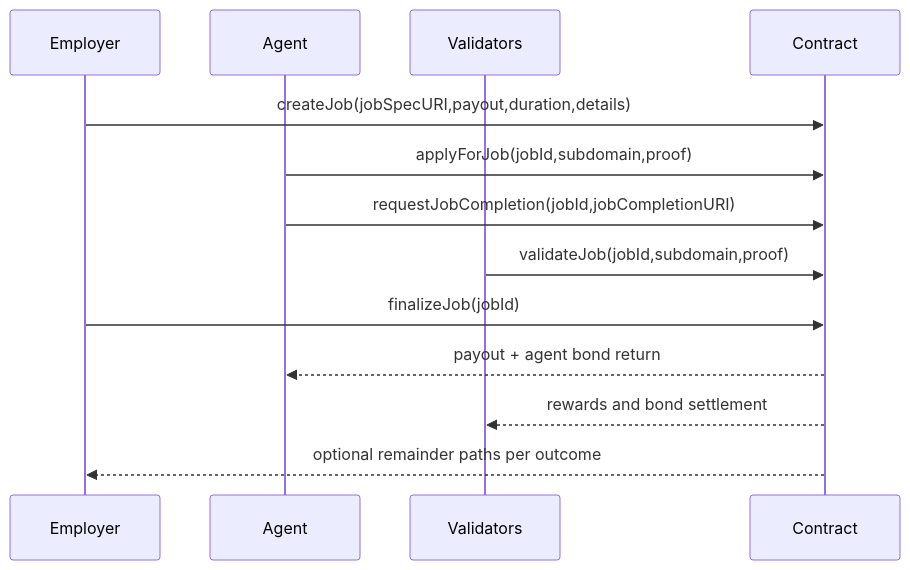
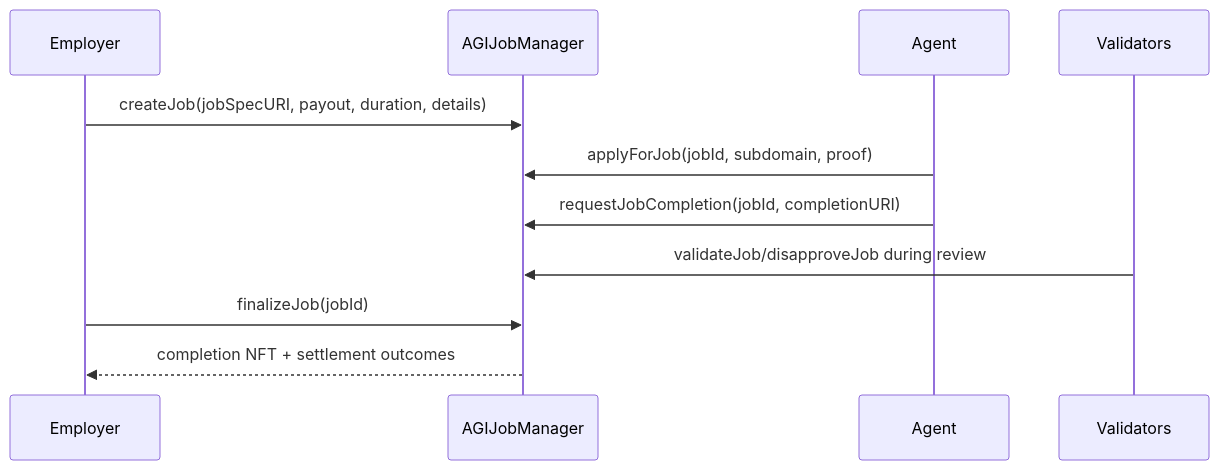
The fourth of 4 diagrams in docs/DEPLOYMENT/OWNER_MAINNET_DEPLOYMENT_AND_OPERATIONS_GUIDE.md (MontrealAI/AGIJobManager), drawn with Mermaid before and after one commit. The commit also changed other lines of this file, not shown here.

````diff
--- a/docs/DEPLOYMENT/OWNER_MAINNET_DEPLOYMENT_AND_OPERATIONS_GUIDE.md
+++ b/docs/DEPLOYMENT/OWNER_MAINNET_DEPLOYMENT_AND_OPERATIONS_GUIDE.md
@@ -372,16 +322,14 @@
 ```mermaid
 sequenceDiagram
   participant Employer
+  participant Contract as AGIJobManager
   participant Agent
   participant Validators
-  participant Contract
 
-  Employer->>Contract: createJob(jobSpecURI,payout,duration,details)
-  Agent->>Contract: applyForJob(jobId,subdomain,proof)
-  Agent->>Contract: requestJobCompletion(jobId,jobCompletionURI)
-  Validators->>Contract: validateJob(jobId,subdomain,proof)
+  Employer->>Contract: createJob(jobSpecURI, payout, duration, details)
+  Agent->>Contract: applyForJob(jobId, subdomain, proof)
+  Agent->>Contract: requestJobCompletion(jobId, completionURI)
+  Validators->>Contract: validateJob/disapproveJob during review
   Employer->>Contract: finalizeJob(jobId)
-  Contract-->>Agent: payout + agent bond return
-  Contract-->>Validators: rewards and bond settlement
-  Contract-->>Employer: optional remainder paths per outcome
+  Contract-->>Employer: completion NFT + settlement outcomes
 ```
````
